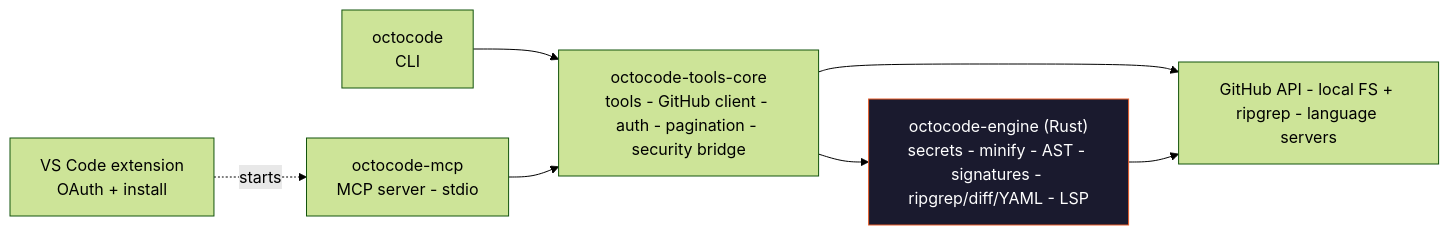
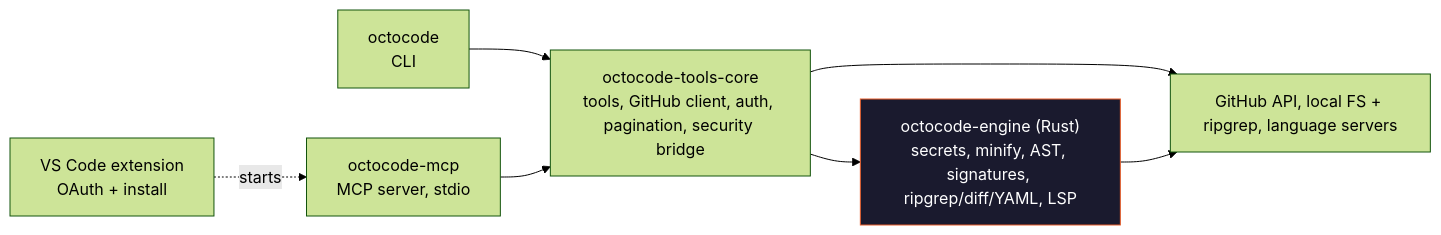
One commit to yermakoffivan/octocode changed the diagram in README.md. Above: the diagram before and after it, drawn with Mermaid (forest theme). The commit also changed other lines of this file and 761 other files, not shown here.

````diff
--- a/README.md
+++ b/README.md
@@ -340,18 +393,18 @@
 ```mermaid
 graph LR
     CLI["octocode<br/>CLI"]
-    MCP["octocode-mcp<br/>MCP server - stdio"]
+    MCP["octocode-mcp<br/>MCP server, stdio"]
     VSC["VS Code extension<br/>OAuth + install"]
-    CORE["octocode-tools-core<br/>tools - GitHub client - auth - pagination - security bridge"]
-    ENGINE["octocode-engine (Rust)<br/>secrets - minify - AST - signatures - ripgrep/diff/YAML - LSP"]
-    EXT["GitHub API - local FS + ripgrep - language servers"]
+    CORE["octocode-tools-core<br/>tools, GitHub client, auth, pagination, security bridge"]
+    ENGINE["octocode-engine (Rust)<br/>secrets, minify, AST, signatures, ripgrep/diff/YAML, LSP"]
+    EXT["GitHub API, local FS + ripgrep, language servers"]
 
     CLI --> CORE
     MCP --> CORE
     VSC -. starts .-> MCP
     CORE --> ENGINE
     CORE --> EXT
     ENGINE --> EXT
 
     style ENGINE fill:#1a1a2e,stroke:#e75d2a,color:#fff
 ```
````
